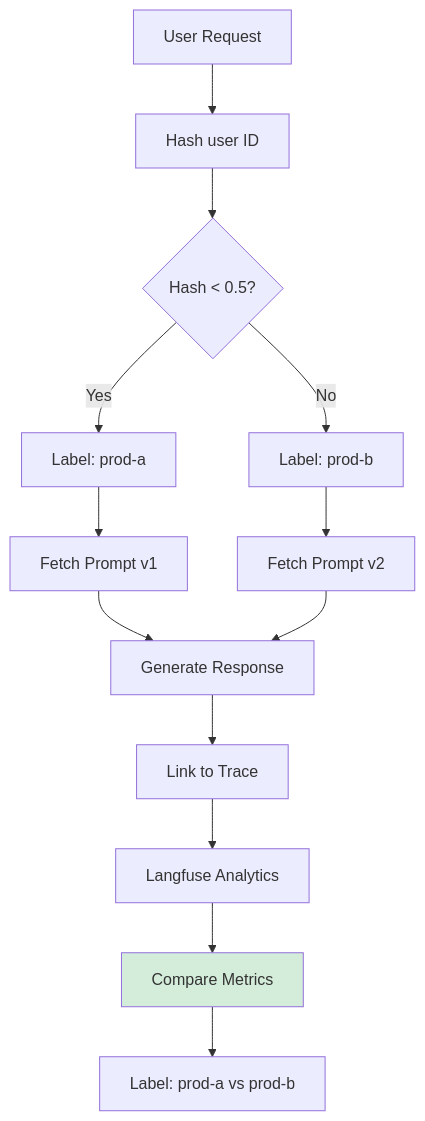
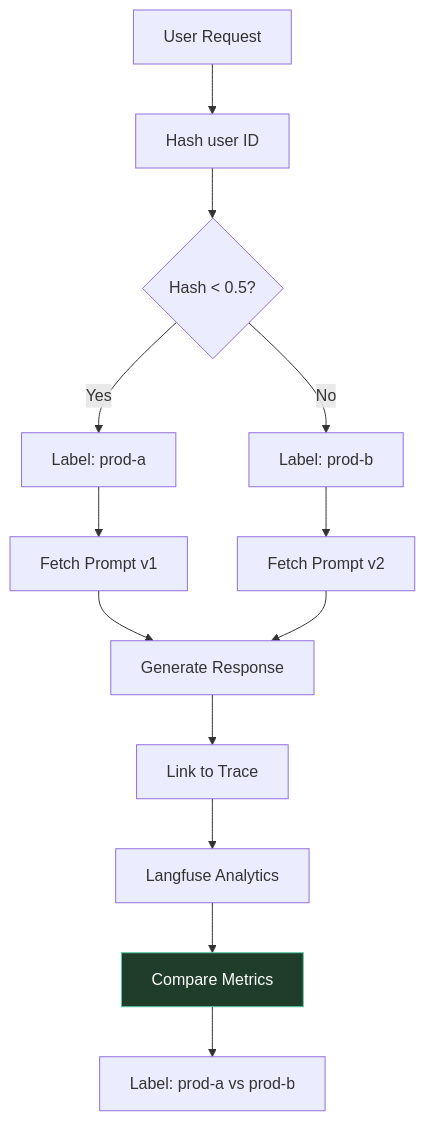
One commit to nicolad/vadim.blog changed the sixth of 10 diagrams in blog/2026/02-11-langfuse-features-prompts-tracing-scores-usage/index.md. Above: the diagram before and after it, drawn with Mermaid. The commit also changed other lines of this file and 1 other file, not shown here.

````diff
--- a/blog/2026/02-11-langfuse-features-prompts-tracing-scores-usage/index.md
+++ b/blog/2026/02-11-langfuse-features-prompts-tracing-scores-usage/index.md
@@ -360,21 +373,21 @@
 ```mermaid
 graph TD
     A[User Request] --> B[Hash user ID]
     B --> C{Hash < 0.5?}
     C -->|Yes| D[Label: prod-a]
     C -->|No| E[Label: prod-b]
     
     D --> F[Fetch Prompt v1]
     E --> G[Fetch Prompt v2]
     
     F --> H[Generate Response]
     G --> H
     
     H --> I[Link to Trace]
     I --> J[Langfuse Analytics]
     
     J --> K[Compare Metrics]
     K --> L[Label: prod-a vs prod-b]
     
-    style K fill:#d4edda
+    style K fill:#1f3d2a,stroke:#59c9a5,color:#fff
 ```
````
